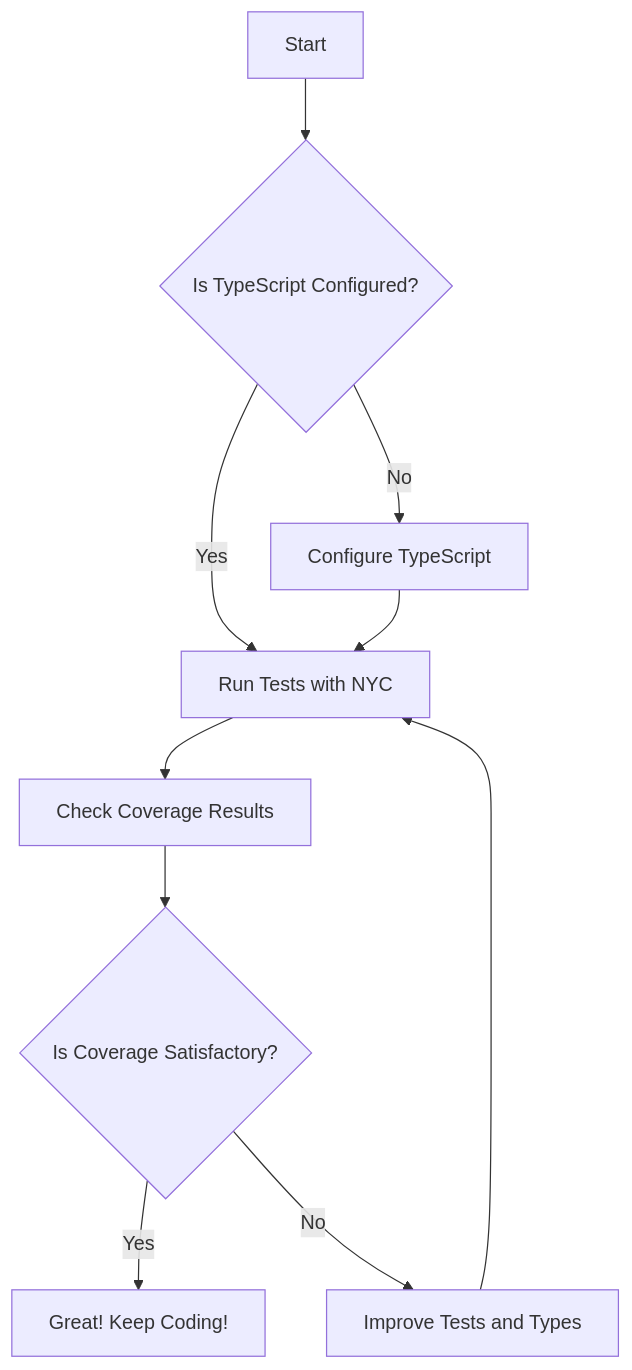
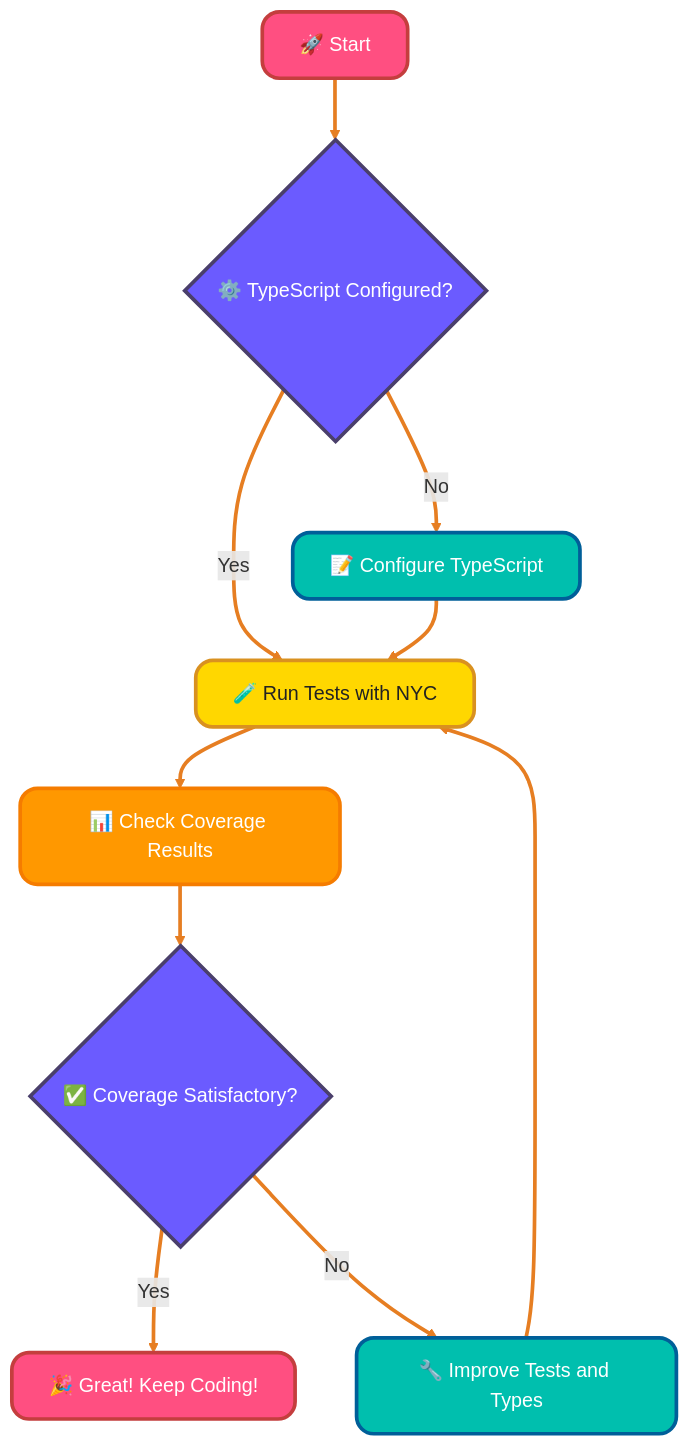
One commit to infoyouth/infoyouth.github.io changed the second of 2 diagrams in _posts/typescript/2026-01-10-13.-testing-typescript-code.md. Above: the diagram before and after it, drawn with Mermaid. The commit also changed other lines of this file, not shown here.

````diff
--- a/_posts/typescript/2026-01-10-13.-testing-typescript-code.md
+++ b/_posts/typescript/2026-01-10-13.-testing-typescript-code.md
@@ -405,12 +842,20 @@
 ```mermaid
 flowchart TD
-    A[Start] --> B{Is TypeScript Configured?}
-    B -- Yes --> C[Run Tests with NYC]
-    B -- No --> D[Configure TypeScript]
+    A["🚀 Start"]:::style1 --> B{"⚙️ TypeScript Configured?"}:::style2
+    B -- Yes --> C["🧪 Run Tests with NYC"]:::style3
+    B -- No --> D["📝 Configure TypeScript"]:::style4
     D --> C
-    C --> E[Check Coverage Results]
-    E --> F{Is Coverage Satisfactory?}
-    F -- Yes --> G[Great! Keep Coding!]
-    F -- No --> H[Improve Tests and Types]
+    C --> E["📊 Check Coverage Results"]:::style5
+    E --> F{"✅ Coverage Satisfactory?"}:::style2
+    F -- Yes --> G["🎉 Great! Keep Coding!"]:::style1
+    F -- No --> H["🔧 Improve Tests and Types"]:::style4
     H --> C
+
+    classDef style1 fill:#ff4f81,stroke:#c43e3e,color:#fff,font-size:16px,stroke-width:3px,rx:14,shadow:6px;
+    classDef style2 fill:#6b5bff,stroke:#4a3f6b,color:#fff,font-size:16px,stroke-width:3px,rx:14,shadow:6px;
+    classDef style3 fill:#ffd700,stroke:#d99120,color:#222,font-size:16px,stroke-width:3px,rx:14,shadow:6px;
+    classDef style4 fill:#00bfae,stroke:#005f99,color:#fff,font-size:16px,stroke-width:3px,rx:14,shadow:6px;
+    classDef style5 fill:#ff9800,stroke:#f57c00,color:#fff,font-size:16px,stroke-width:3px,rx:14,shadow:6px;
+
+    linkStyle default stroke:#e67e22,stroke-width:3px;
 ```
````
